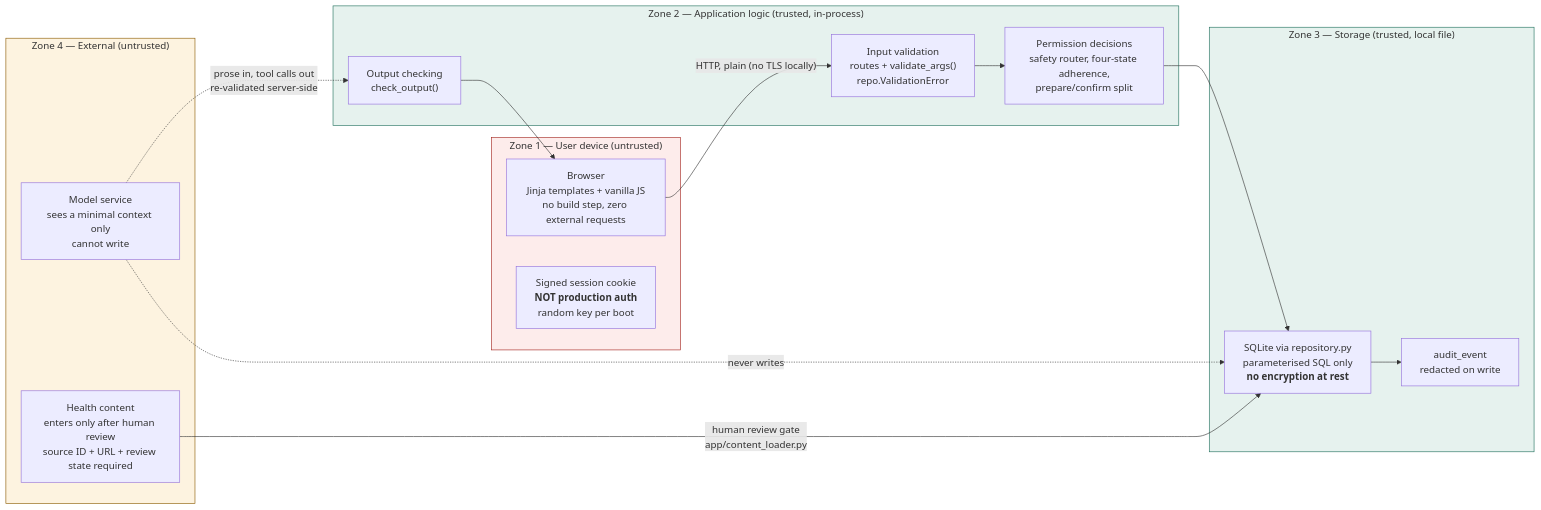
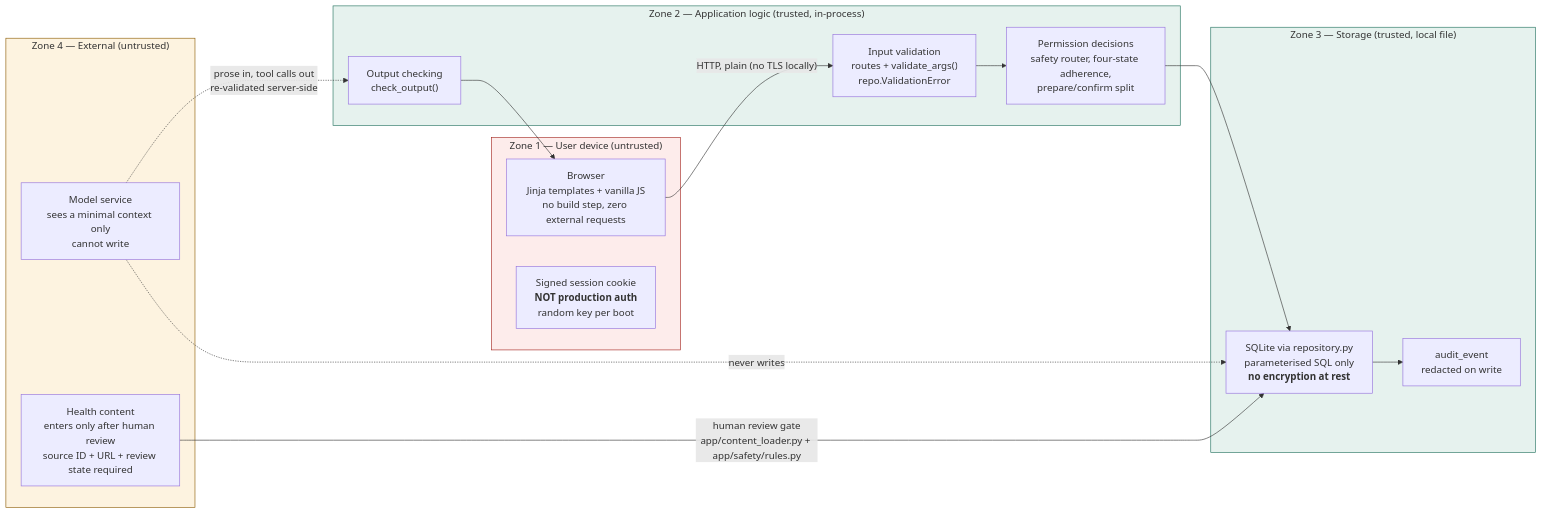
Before and after one commit to MegaArn1/caresteps: the second of 2 diagrams in docs/architecture.md, drawn with Mermaid. The commit also changed other lines of this file and 7 other files, not shown here.

````diff
--- a/docs/architecture.md
+++ b/docs/architecture.md
@@ -104,40 +113,40 @@
 ```mermaid
 flowchart LR
     subgraph Z1["Zone 1 — User device (untrusted)"]
         Browser["Browser<br/>Jinja templates + vanilla JS<br/>no build step, zero external requests"]
         Cookie["Signed session cookie<br/><b>NOT production auth</b><br/>random key per boot"]
     end
 
     subgraph Z2["Zone 2 — Application logic (trusted, in-process)"]
         Validation["Input validation<br/>routes + validate_args()<br/>repo.ValidationError"]
         Permission["Permission decisions<br/>safety router, four-state adherence,<br/>prepare/confirm split"]
         OutputChk["Output checking<br/>check_output()"]
     end
 
     subgraph Z3["Zone 3 — Storage (trusted, local file)"]
         Store["SQLite via repository.py<br/>parameterised SQL only<br/><b>no encryption at rest</b>"]
         AuditLog["audit_event<br/>redacted on write"]
     end
 
     subgraph Z4["Zone 4 — External (untrusted)"]
         ModelSvc["Model service<br/>sees a minimal context only<br/>cannot write"]
         HealthContent["Health content<br/>enters only after human review<br/>source ID + URL + review state required"]
     end
 
     Browser -->|"HTTP, plain (no TLS locally)"| Validation
     Validation --> Permission
     Permission --> Store
     OutputChk --> Browser
     Store --> AuditLog
 
     ModelSvc -.->|"prose in, tool calls out<br/>re-validated server-side"| OutputChk
     ModelSvc -.->|"never writes"| Store
-    HealthContent -->|"human review gate<br/>app/content_loader.py"| Store
+    HealthContent -->|"human review gate<br/>app/content_loader.py + app/safety/rules.py"| Store
 
     classDef untrusted fill:#fdeceb,stroke:#a3231c
     classDef trusted fill:#e6f2ee,stroke:#1f6f5c
     classDef ext fill:#fdf3e0,stroke:#8a5a00
     class Z1 untrusted
     class Z2,Z3 trusted
     class Z4 ext
 ```
````
